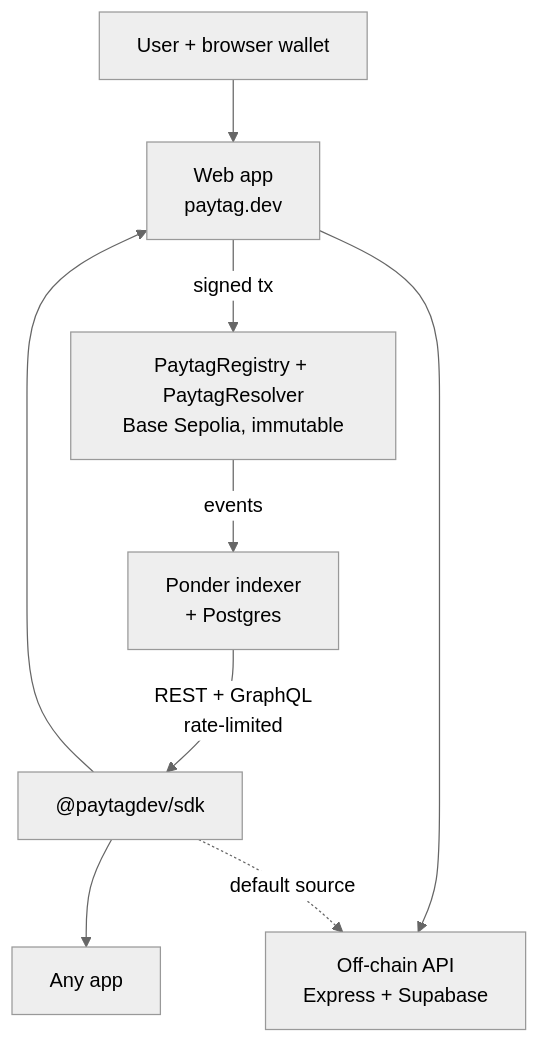
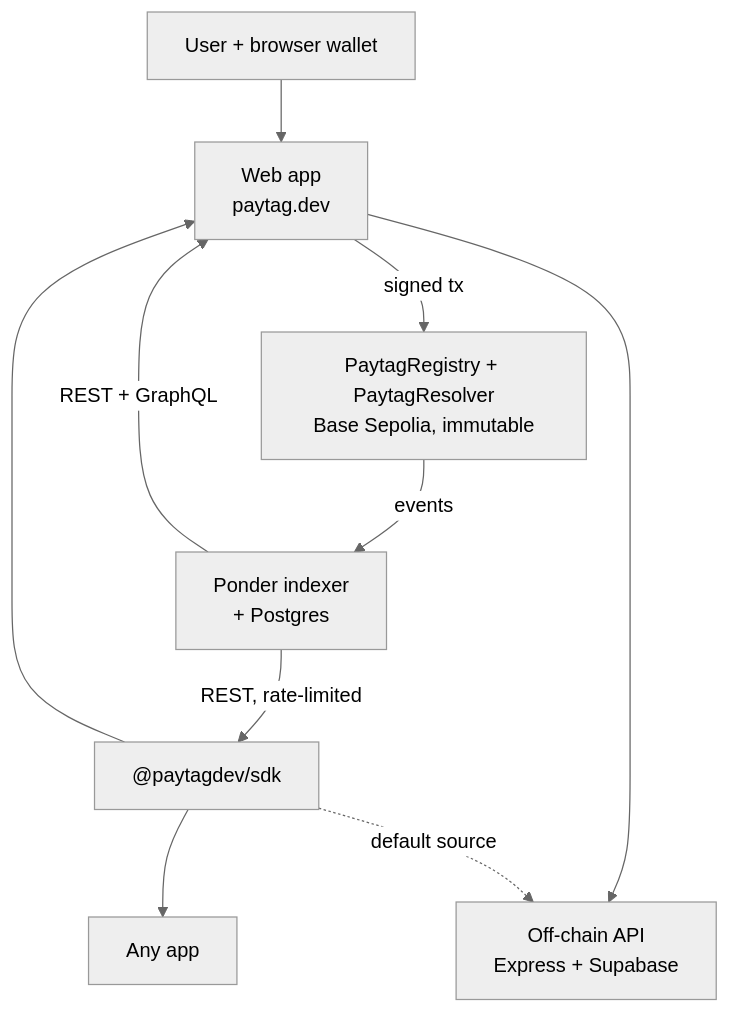
Before and after one commit to ansah25/paytag: the first of 2 diagrams in README.md, drawn with Mermaid (neutral theme). The commit also changed other lines of this file and 1 other file, not shown here.

````diff
--- a/README.md
+++ b/README.md
@@ -41,11 +41,12 @@
 ```mermaid
 flowchart TD
   U["User + browser wallet"] --> W["Web app<br/>paytag.dev"]
   W -->|"signed tx"| C["PaytagRegistry + PaytagResolver<br/>Base Sepolia, immutable"]
   C -->|"events"| I["Ponder indexer<br/>+ Postgres"]
-  I -->|"REST + GraphQL<br/>rate-limited"| S["@paytagdev/sdk"]
+  I -->|"REST, rate-limited"| S["@paytagdev/sdk"]
+  I -->|"REST + GraphQL"| W
   S --> W
   S --> X["Any app"]
   W --> O["Off-chain API<br/>Express + Supabase"]
   S -.->|"default source"| O
 ```
````
